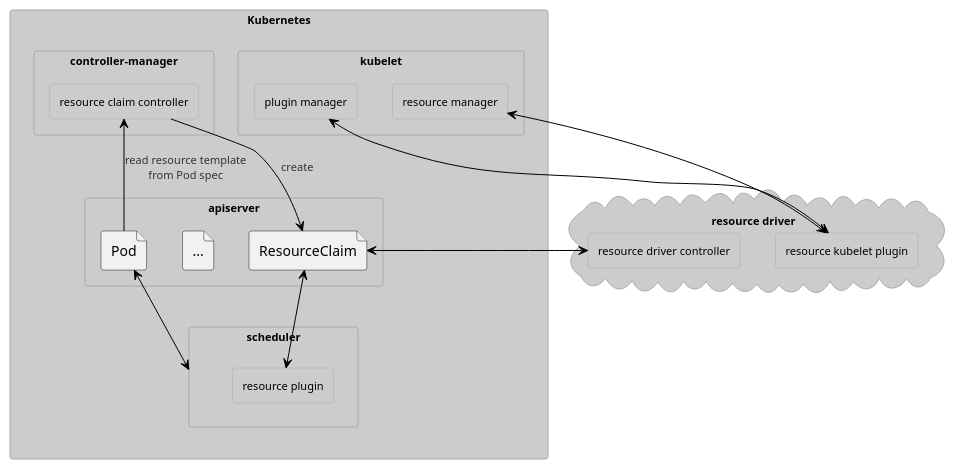
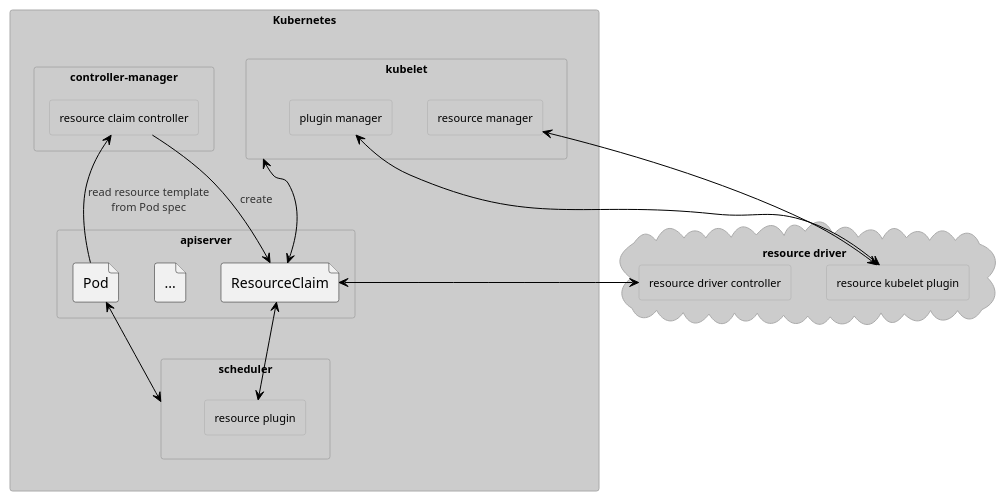
Before and after one commit to kubernetes/enhancements: the diagram in keps/sig-node/3063-dynamic-resource-allocation/components.puml, drawn with PlantUML. The commit also changed 3 other files, not shown here.

```diff
--- a/keps/sig-node/3063-dynamic-resource-allocation/components.puml
+++ b/keps/sig-node/3063-dynamic-resource-allocation/components.puml
@@ -1,41 +1,42 @@
 @startuml
 !theme reddress-lightblue
 skinparam componentStyle rectangle
 
 cloud "resource driver" {
   component "resource driver controller" as drivercontroller
   component "resource kubelet plugin" as driverplugin
 }
 
 component Kubernetes {
   component apiserver {
       file Pod
       file "..." as otherapi
       file ResourceClaim
   }
   component scheduler {
     component "resource plugin" as k8sresourceplugin
   }
   component "controller-manager" as controllermanager {
     component "resource claim controller" as k8sresourceclaimcontroller
   }
   component kubelet {
     component "plugin manager" as pluginmanager
     component "resource manager" as resourcemanager
   }
 }
 
 drivercontroller -[hidden]> driverplugin
 Pod -[hidden]> otherapi
 otherapi -[hidden]> ResourceClaim
 
 Pod -u-> k8sresourceclaimcontroller: read resource template\nfrom Pod spec
 ResourceClaim <-u- k8sresourceclaimcontroller: create
+ResourceClaim <-u-> kubelet
 
 Pod <--> scheduler
 ResourceClaim <--> k8sresourceplugin
 
 ResourceClaim <-> drivercontroller
 pluginmanager <-> driverplugin
 resourcemanager <-> driverplugin
 @enduml
```
